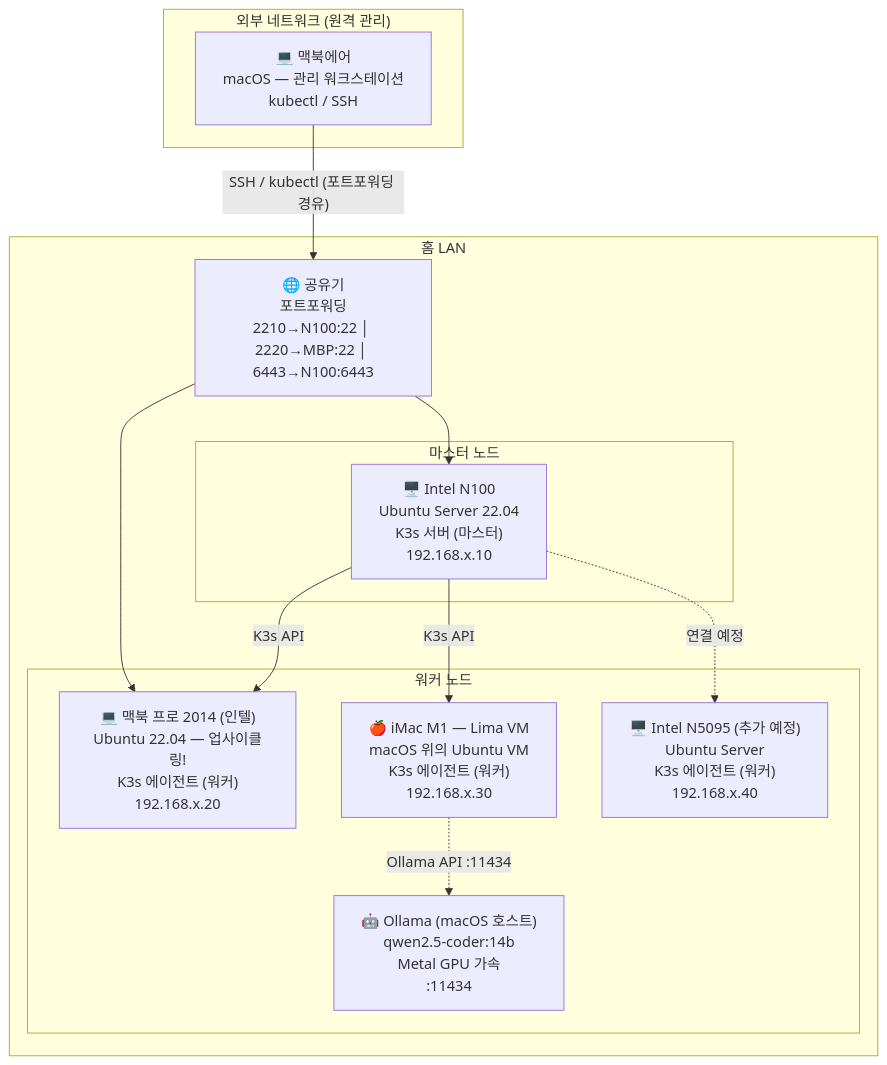
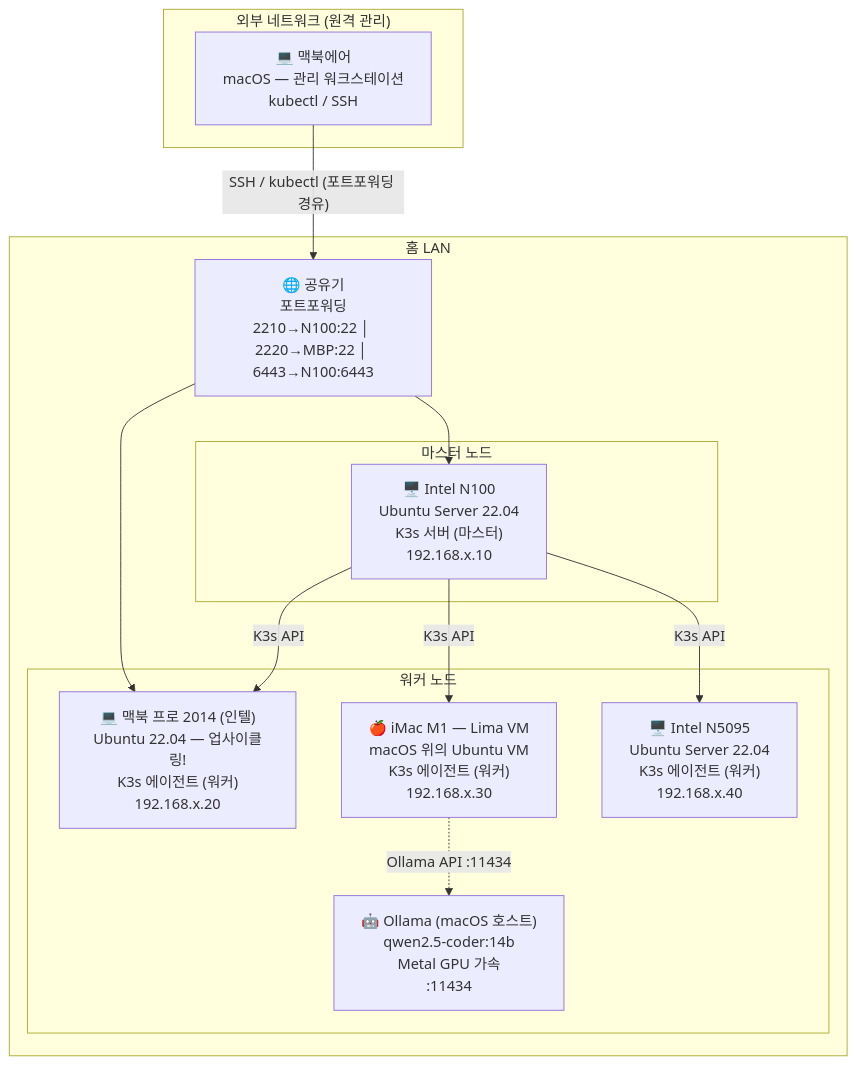
Before and after one commit to kookie2626/Hybrid-K3s-Cluster: the diagram in README.md, drawn with Mermaid. The commit also changed other lines of this file and 2 other files, not shown here.

````diff
--- a/README.md
+++ b/README.md
@@ -26,29 +26,29 @@
 ```mermaid
 graph TD
     subgraph EXT["외부 네트워크 (원격 관리)"]
         MBA["💻 맥북에어<br/>macOS — 관리 워크스테이션<br/>kubectl / SSH"]
     end
 
     subgraph LAN["홈 LAN"]
         ROUTER["🌐 공유기<br/>포트포워딩<br/>2210→N100:22 │ 2220→MBP:22 │ 6443→N100:6443"]
 
         subgraph MASTER["마스터 노드"]
             N100["🖥️ Intel N100<br/>Ubuntu Server 22.04<br/>K3s 서버 (마스터)<br/>192.168.x.10"]
         end
 
         subgraph WORKERS["워커 노드"]
             MBP["💻 맥북 프로 2014 (인텔)<br/>Ubuntu 22.04 — 업사이클링!<br/>K3s 에이전트 (워커)<br/>192.168.x.20"]
             LIMA["🍎 iMac M1 — Lima VM<br/>macOS 위의 Ubuntu VM<br/>K3s 에이전트 (워커)<br/>192.168.x.30"]
             OLLAMA["🤖 Ollama (macOS 호스트)<br/>qwen2.5-coder:14b<br/>Metal GPU 가속<br/>:11434"]
-            N5095["🖥️ Intel N5095 (추가 예정)<br/>Ubuntu Server<br/>K3s 에이전트 (워커)<br/>192.168.x.40"]
+            N5095["🖥️ Intel N5095<br/>Ubuntu Server 22.04<br/>K3s 에이전트 (워커)<br/>192.168.x.40"]
         end
     end
 
     MBA -- "SSH / kubectl (포트포워딩 경유)" --> ROUTER
     ROUTER --> N100
     ROUTER --> MBP
     N100 -- "K3s API" --> MBP
     N100 -- "K3s API" --> LIMA
     LIMA -. "Ollama API :11434" .-> OLLAMA
-    N100 -. "연결 예정" .-> N5095
+    N100 -- "K3s API" --> N5095
 ```
````
